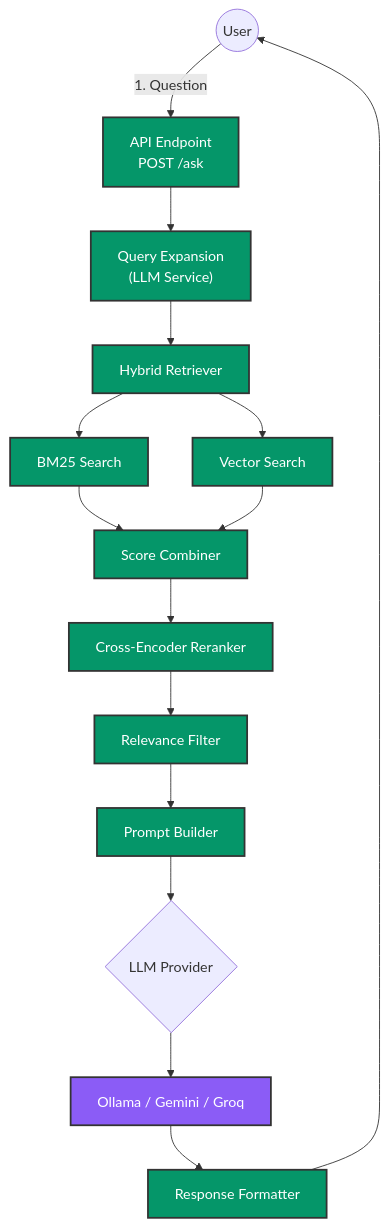
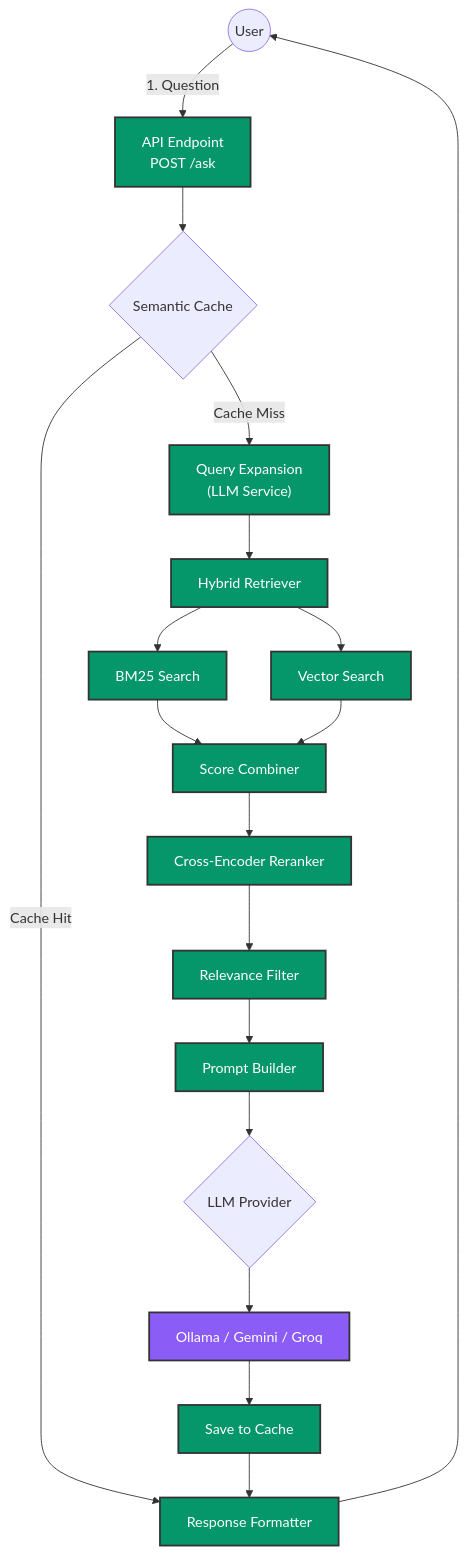
One commit to RahulAdyaa/Nexus-RAG changed the second of 2 diagrams in README.md. Above: the diagram before and after it, drawn with Mermaid. The commit also changed other lines of this file, not shown here.

Commit message:
docs: update README with semantic caching and Ollama config

````diff
--- a/README.md
+++ b/README.md
@@ -38,19 +39,22 @@
 ```mermaid
 graph TD
     classDef process fill:#059669,stroke:#333,stroke-width:2px,color:#fff
     classDef external fill:#8B5CF6,stroke:#333,stroke-width:2px,color:#fff
 
     User((User)) --> |"1. Question"| API["API Endpoint<br/>POST /ask"]:::process
-    API --> Expander["Query Expansion<br/>(LLM Service)"]:::process
+    API --> CacheCheck{"Semantic Cache"}
+    CacheCheck -->|Cache Hit| Formatter["Response Formatter"]:::process
+    CacheCheck -->|Cache Miss| Expander["Query Expansion<br/>(LLM Service)"]:::process
     Expander --> Hybrid["Hybrid Retriever"]:::process
     Hybrid --> BM25Search["BM25 Search"]:::process
     Hybrid --> EmbSearch["Vector Search"]:::process
     BM25Search & EmbSearch --> ScoreCombiner["Score Combiner"]:::process
     ScoreCombiner --> Reranker["Cross-Encoder Reranker"]:::process
     Reranker --> ContextFilter["Relevance Filter"]:::process
     ContextFilter --> PromptBuilder["Prompt Builder"]:::process
     PromptBuilder --> LLMRoute{"LLM Provider"}
     LLMRoute --> LocalLLM["Ollama / Gemini / Groq"]:::external
-    LocalLLM --> Formatter["Response Formatter"]:::process
+    LocalLLM --> CacheSave["Save to Cache"]:::process
+    CacheSave --> Formatter
     Formatter --> User
 ```
````
